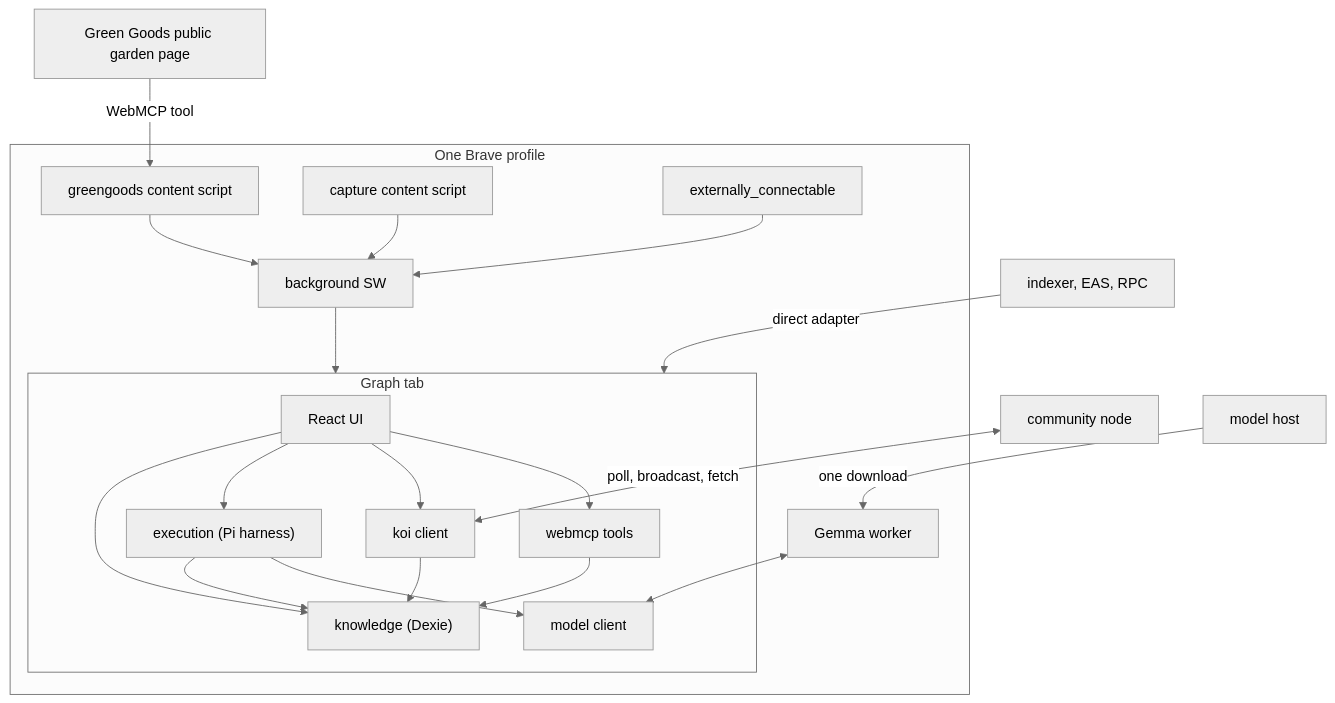
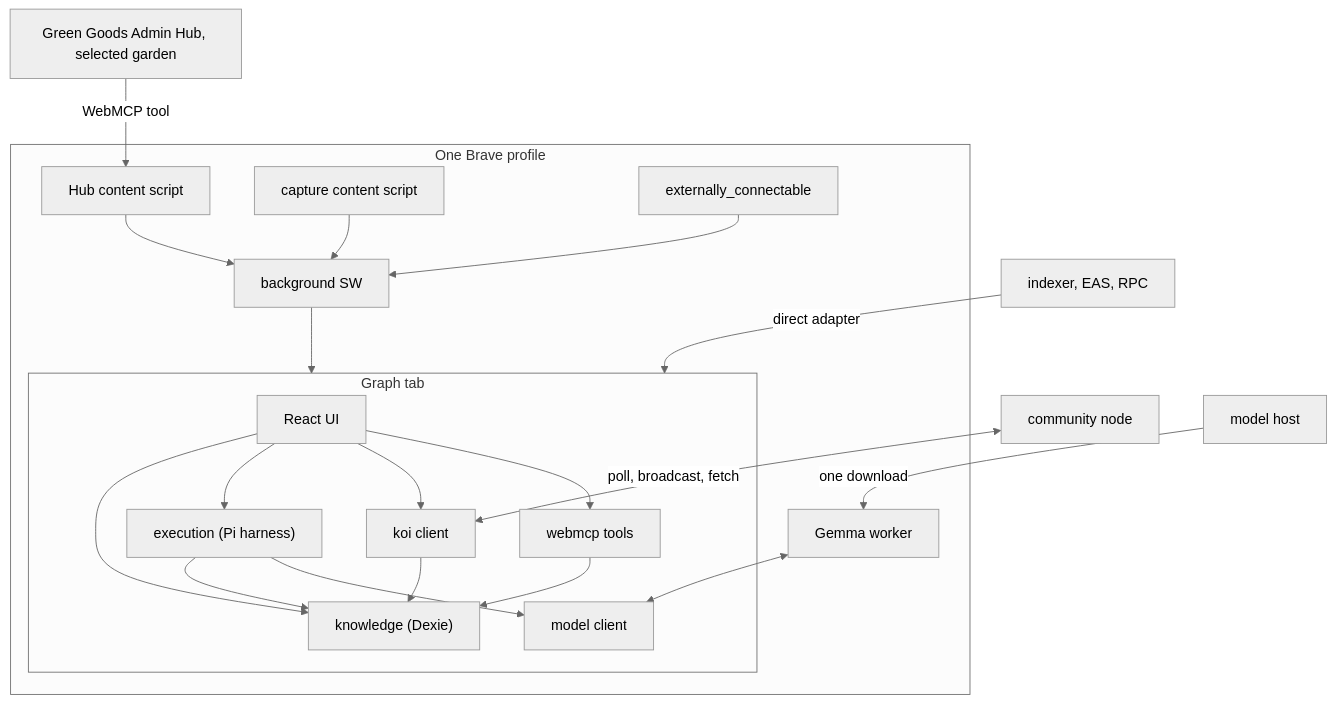
One commit to greenpill-dev-guild/green-goods changed the second of 6 diagrams in .plans/ideas/grove/prototype-architecture.md. Above: the diagram before and after it, drawn with Mermaid (neutral theme). The commit also changed other lines of this file and 3 other files, not shown here.

First line of the commit message:
docs(plans): move the Grove connection surface to the Admin Hub

````diff
--- a/.plans/ideas/grove/prototype-architecture.md
+++ b/.plans/ideas/grove/prototype-architecture.md
@@ -54,24 +54,24 @@
 ```mermaid
 flowchart TB
   subgraph Browser["One Brave profile"]
     subgraph Tab["Graph tab"]
       UI["React UI"] --> KN["knowledge (Dexie)"]
       UI --> EX["execution (Pi harness)"]
       EX --> KN
       EX --> MW["model client"]
       UI --> KO["koi client"]
       KO --> KN
       UI --> WT["webmcp tools"]
       WT --> KN
     end
     W["Gemma worker"] <--> MW
     BG["background SW"] --> Tab
-    GGCS["greengoods content script"] --> BG
+    GGCS["Hub content script"] --> BG
     CAP["capture content script"] --> BG
     EXTAPI["externally_connectable"] --> BG
   end
-  PAGE["Green Goods public garden page"] -->|"WebMCP tool"| GGCS
+  PAGE["Green Goods Admin Hub, selected garden"] -->|"WebMCP tool"| GGCS
   NET["indexer, EAS, RPC"] -->|"direct adapter"| Tab
   PEER["community node"] <-->|"poll, broadcast, fetch"| KO
   HF["model host"] -->|"one download"| W
 ```
````
